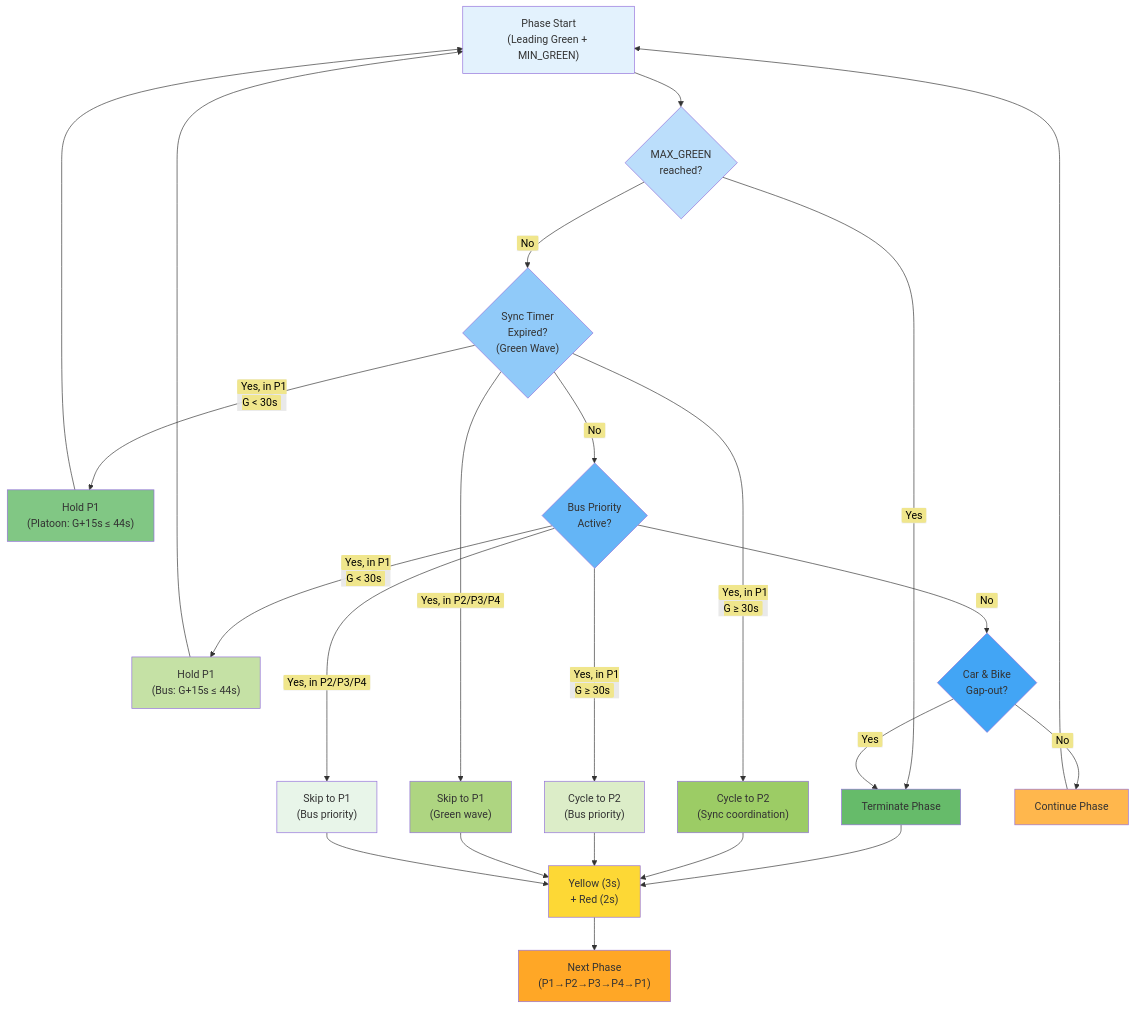
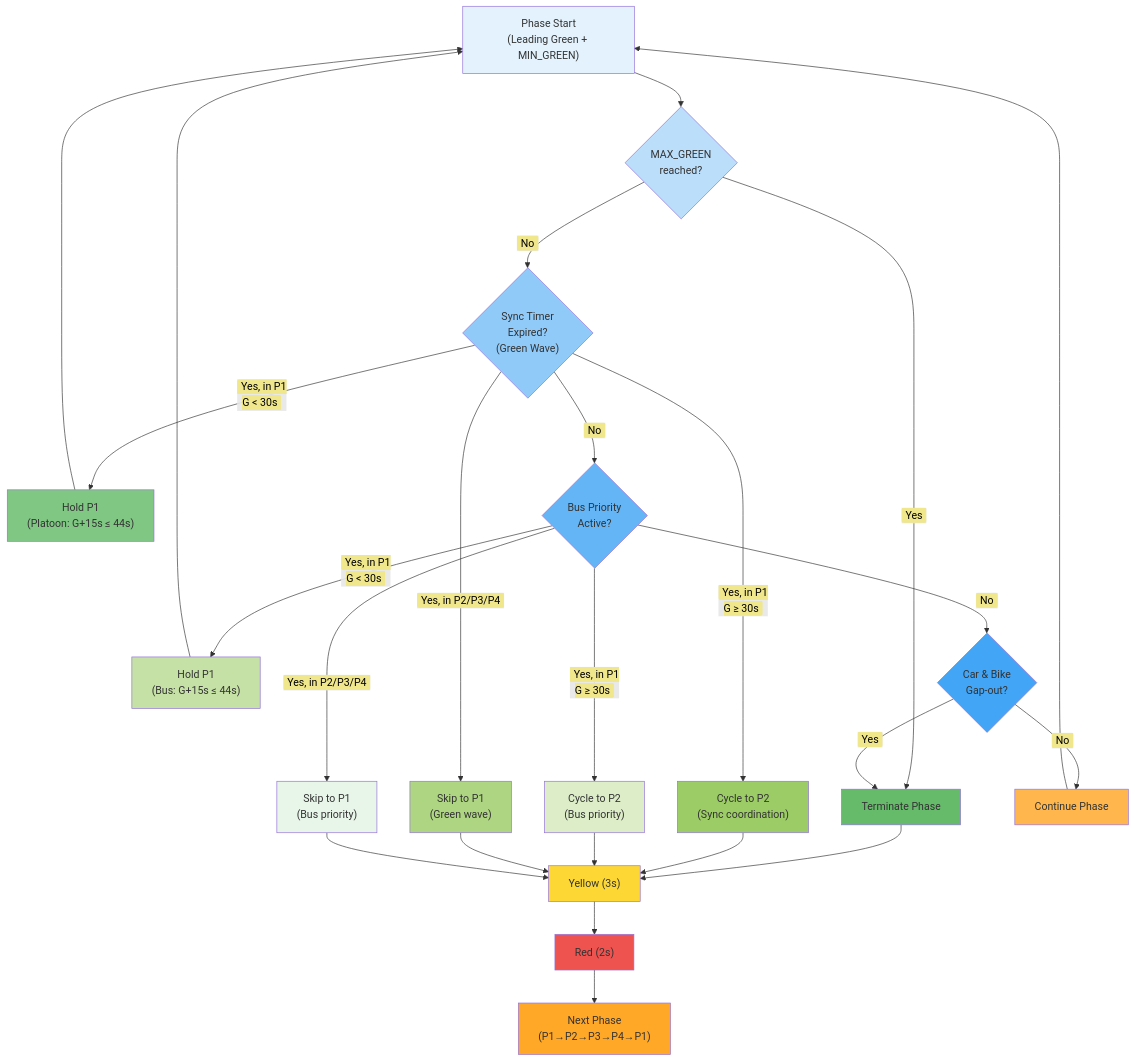
The seventh of 7 diagrams in papers/Rule_Based_Control_DEV.md (Chaklader/SignalSyncPro), drawn with Mermaid before and after one commit. The commit also changed other lines of this file, not shown here.

````diff
--- a/papers/Rule_Based_Control_DEV.md
+++ b/papers/Rule_Based_Control_DEV.md
@@ -897,56 +899,58 @@
 ```mermaid
 flowchart TD
     Start["Phase Start<br/>(Leading Green + MIN_GREEN)"] --> Check1{"MAX_GREEN<br/>reached?"}
 
     Check1 -->|<span style='background-color:khaki; color:black; padding:2px 6px; border-radius:3px'>Yes</span>| Terminate["Terminate Phase"]
 
     Check1 -->|<span style='background-color:khaki; color:black; padding:2px 6px; border-radius:3px'>No</span>| Check2{"Sync Timer<br/>Expired?<br/>(Green Wave)"}
 
     Check2 -->|<span style='background-color:khaki; color:black; padding:2px 6px; border-radius:3px'>Yes, in P1<br/>G < 30s</span>| HoldSync["Hold P1<br/>(Platoon: G+15s ≤ 44s)"]
 
     Check2 -->|<span style='background-color:khaki; color:black; padding:2px 6px; border-radius:3px'>Yes, in P1<br/>G ≥ 30s</span>| CycleSync["Cycle to P2<br/>(Sync coordination)"]
 
     Check2 -->|<span style='background-color:khaki; color:black; padding:2px 6px; border-radius:3px'>Yes, in P2/P3/P4</span>| SkipSync["Skip to P1<br/>(Green wave)"]
 
     Check2 -->|<span style='background-color:khaki; color:black; padding:2px 6px; border-radius:3px'>No</span>| Check3{"Bus Priority<br/>Active?"}
 
     Check3 -->|<span style='background-color:khaki; color:black; padding:2px 6px; border-radius:3px'>Yes, in P1<br/>G < 30s</span>| HoldBus["Hold P1<br/>(Bus: G+15s ≤ 44s)"]
 
     Check3 -->|<span style='background-color:khaki; color:black; padding:2px 6px; border-radius:3px'>Yes, in P1<br/>G ≥ 30s</span>| CycleBus["Cycle to P2<br/>(Bus priority)"]
 
     Check3 -->|<span style='background-color:khaki; color:black; padding:2px 6px; border-radius:3px'>Yes, in P2/P3/P4</span>| SkipBus["Skip to P1<br/>(Bus priority)"]
 
     Check3 -->|<span style='background-color:khaki; color:black; padding:2px 6px; border-radius:3px'>No</span>| Check4{"Car & Bike<br/>Gap-out?"}
 
     Check4 -->|<span style='background-color:khaki; color:black; padding:2px 6px; border-radius:3px'>Yes</span>| Terminate
 
     Check4 -->|<span style='background-color:khaki; color:black; padding:2px 6px; border-radius:3px'>No</span>| Continue["Continue Phase"]
 
     Continue --> Start
     HoldSync --> Start
     HoldBus --> Start
 
-    Terminate --> Change["Yellow (3s)<br/>+ Red (2s)"]
+    Terminate --> Change["Yellow (3s)"]
     CycleSync --> Change
     CycleBus --> Change
     SkipSync --> Change
     SkipBus --> Change
 
-    Change --> Next["Next Phase<br/>(P1→P2→P3→P4→P1)"]
+    Change --> Red["Red (2s)"]
+    Red --> Next["Next Phase<br/>(P1→P2→P3→P4→P1)"]
 
     style Start fill:#E3F2FD
     style Check1 fill:#BBDEFB
     style Check2 fill:#90CAF9
     style Check3 fill:#64B5F6
     style Check4 fill:#42A5F5
     style Terminate fill:#66BB6A
     style HoldSync fill:#81C784
     style CycleSync fill:#9CCC65
     style SkipSync fill:#AED581
     style HoldBus fill:#C5E1A5
     style CycleBus fill:#DCEDC8
     style SkipBus fill:#E8F5E9
     style Continue fill:#FFB74D
     style Change fill:#FDD835
     style Next fill:#FFA726
+    style Red fill:#EF5350
 ```
````
